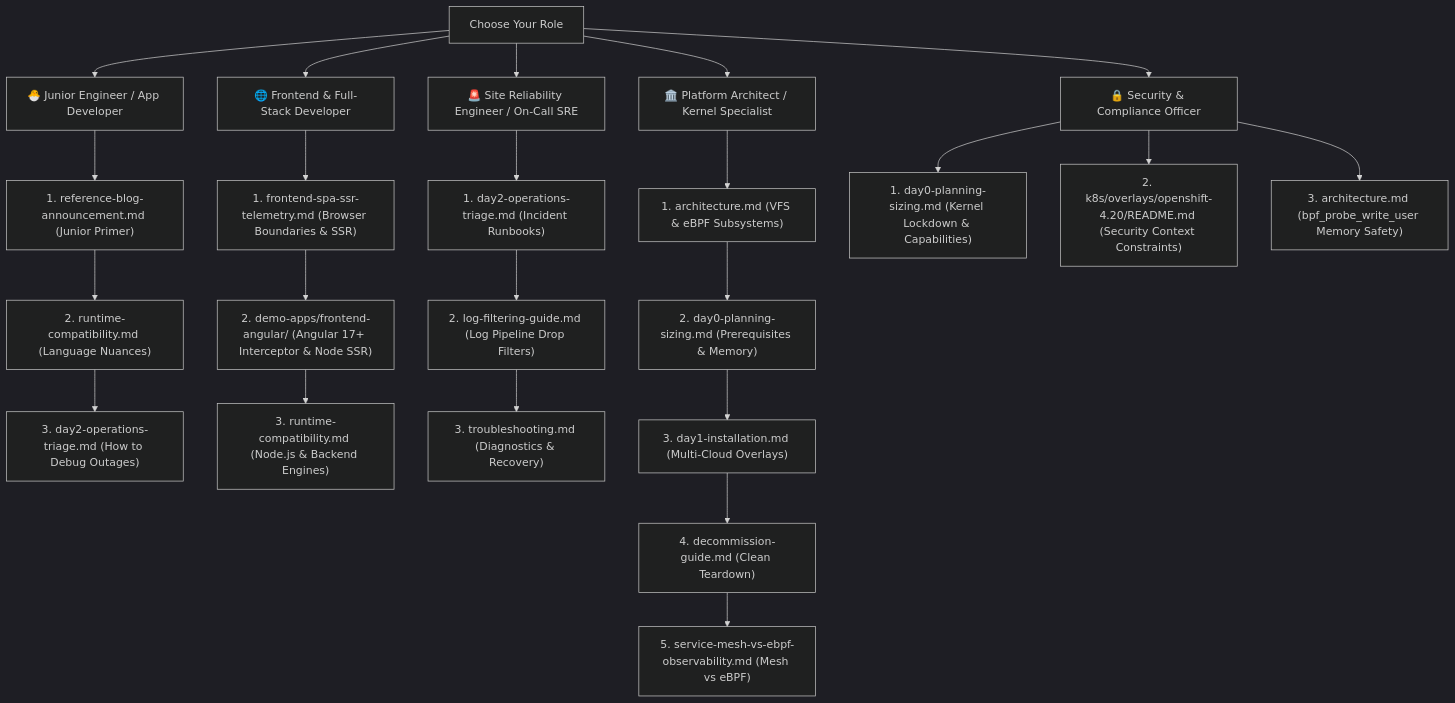
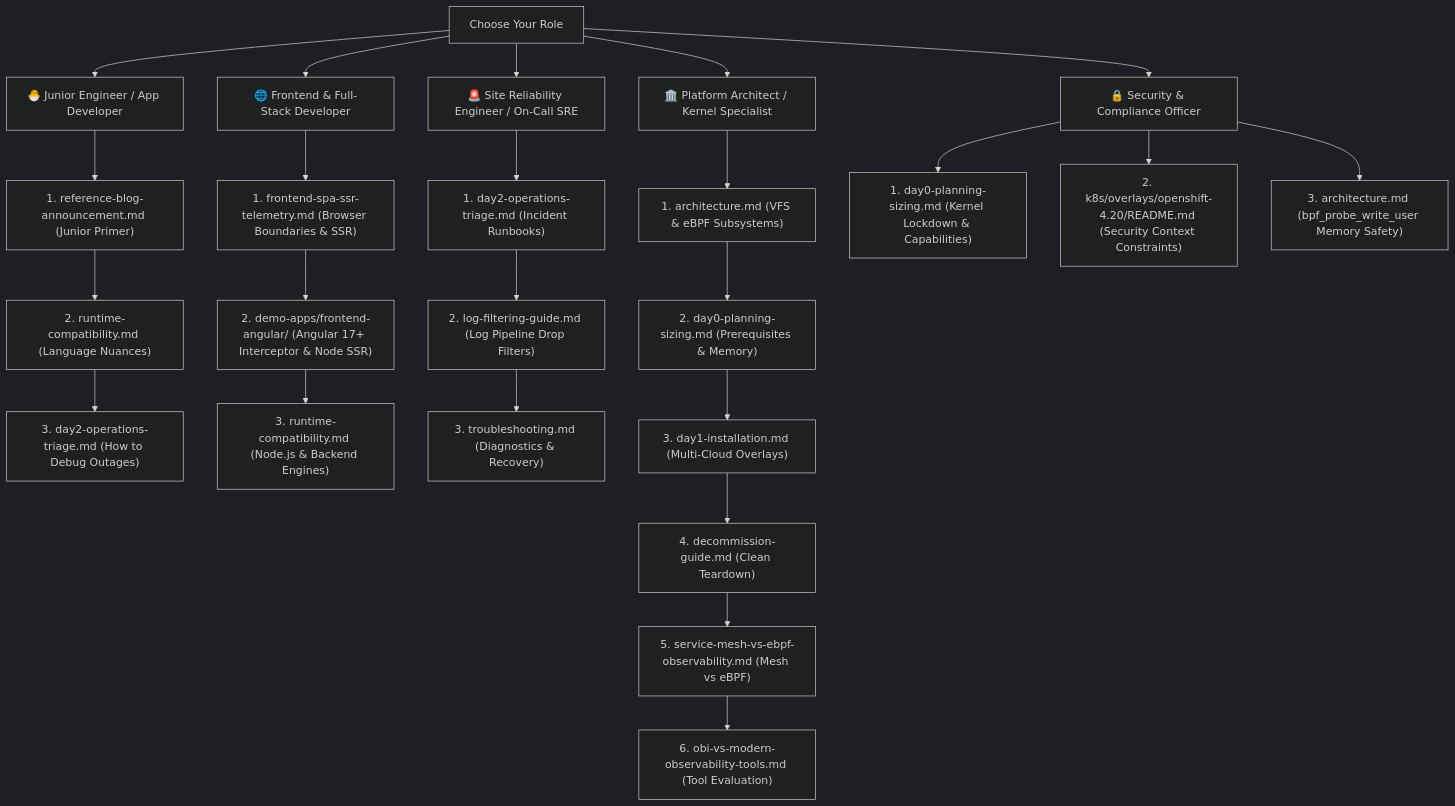
The second of 2 diagrams in README.md (nubenetes/obi-trace-log-correlation), drawn with Mermaid (dark theme) before and after one commit. The commit also changed other lines of this file and 13 other files, not shown here.

Commit message:
docs: add comprehensive OBI vs Modern Observability Tools guide (Datadog, Grafana, Dynatrace, New Relic)

````diff
--- a/README.md
+++ b/README.md
@@ -932,30 +936,31 @@
 ```mermaid
 flowchart TD
     Start["Choose Your Role"] --> Junior["🐣 Junior Engineer / App Developer"]
     Start --> Frontend["🌐 Frontend & Full-Stack Developer"]
     Start --> SRE["🚨 Site Reliability Engineer / On-Call SRE"]
     Start --> Platform["🏛️ Platform Architect / Kernel Specialist"]
     Start --> SecOps["🔒 Security & Compliance Officer"]
 
     Junior --> J1["1. reference-blog-announcement.md (Junior Primer)"]
     J1 --> J2["2. runtime-compatibility.md (Language Nuances)"]
     J2 --> J3["3. day2-operations-triage.md (How to Debug Outages)"]
 
     Frontend --> F1["1. frontend-spa-ssr-telemetry.md (Browser Boundaries & SSR)"]
     F1 --> F2["2. demo-apps/frontend-angular/ (Angular 17+ Interceptor & Node SSR)"]
     F2 --> F3["3. runtime-compatibility.md (Node.js & Backend Engines)"]
 
     SRE --> S1["1. day2-operations-triage.md (Incident Runbooks)"]
     S1 --> S2["2. log-filtering-guide.md (Log Pipeline Drop Filters)"]
     S2 --> S3["3. troubleshooting.md (Diagnostics & Recovery)"]
 
     Platform --> P1["1. architecture.md (VFS & eBPF Subsystems)"]
     P1 --> P2["2. day0-planning-sizing.md (Prerequisites & Memory)"]
     P2 --> P3["3. day1-installation.md (Multi-Cloud Overlays)"]
     P3 --> P4["4. decommission-guide.md (Clean Teardown)"]
     P4 --> P5["5. service-mesh-vs-ebpf-observability.md (Mesh vs eBPF)"]
+    P5 --> P6["6. obi-vs-modern-observability-tools.md (Tool Evaluation)"]
 
     SecOps --> SC1["1. day0-planning-sizing.md (Kernel Lockdown & Capabilities)"]
     SecOps --> SC2["2. k8s/overlays/openshift-4.20/README.md (Security Context Constraints)"]
     SecOps --> SC3["3. architecture.md (bpf_probe_write_user Memory Safety)"]
 ```
````
